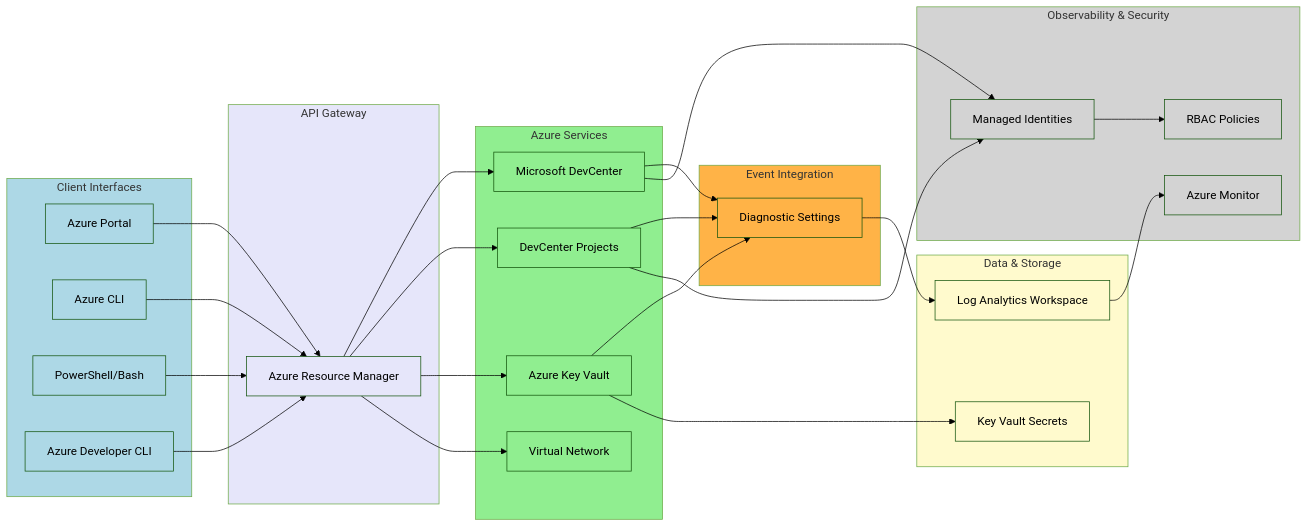
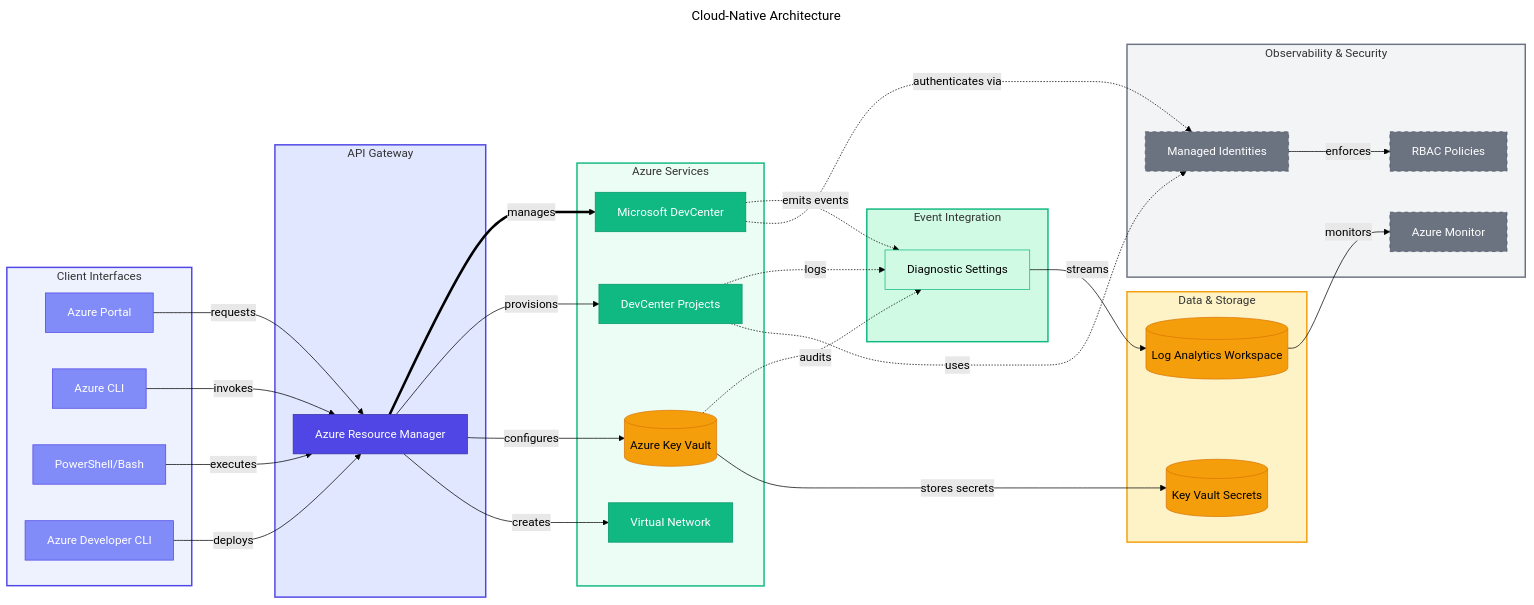
Before and after one commit to Evilazaro/DevExp-DevBox: the fifth of 6 diagrams in README.md, drawn with Mermaid (forest theme). The commit also changed other lines of this file, not shown here.

Commit message:
Enhance README.md with detailed architecture diagrams for improved clarity and understanding

````diff
--- a/README.md
+++ b/README.md
@@ -508,79 +550,95 @@
 ```mermaid
+---
+title: Cloud-Native Architecture
+---
 flowchart LR
-    subgraph Clients[Client Interfaces]
-        CL1[Azure Portal]
-        CL2[Azure CLI]
-        CL3[PowerShell/Bash]
-        CL4[Azure Developer CLI]
+    %% ===== CLIENT INTERFACES =====
+    subgraph Clients["Client Interfaces"]
+        CL1["Azure Portal"]
+        CL2["Azure CLI"]
+        CL3["PowerShell/Bash"]
+        CL4["Azure Developer CLI"]
     end
 
-    subgraph Gateway[API Gateway]
-        GW1[Azure Resource Manager]
+    %% ===== API GATEWAY =====
+    subgraph Gateway["API Gateway"]
+        GW1["Azure Resource Manager"]
     end
 
-    subgraph Services[Azure Services]
-        SR1[Microsoft DevCenter]
-        SR2[DevCenter Projects]
-        SR3[Azure Key Vault]
-        SR4[Virtual Network]
+    %% ===== AZURE SERVICES =====
+    subgraph Services["Azure Services"]
+        SR1["Microsoft DevCenter"]
+        SR2["DevCenter Projects"]
+        SR3[("Azure Key Vault")]
+        SR4["Virtual Network"]
     end
 
-    subgraph EventBus[Event Integration]
-        EB1[Diagnostic Settings]
+    %% ===== EVENT INTEGRATION =====
+    subgraph EventBus["Event Integration"]
+        EB1["Diagnostic Settings"]
     end
 
-    subgraph DataStorage[Data & Storage]
-        DS1[Log Analytics Workspace]
-        DS2[Key Vault Secrets]
+    %% ===== DATA & STORAGE =====
+    subgraph DataStorage["Data & Storage"]
+        DS1[("Log Analytics Workspace")]
+        DS2[("Key Vault Secrets")]
     end
 
-    subgraph Observability[Observability & Security]
-        OB1[Azure Monitor]
-        OB2[RBAC Policies]
-        OB3[Managed Identities]
+    %% ===== OBSERVABILITY & SECURITY =====
+    subgraph Observability["Observability & Security"]
+        OB1["Azure Monitor"]
+        OB2["RBAC Policies"]
+        OB3["Managed Identities"]
     end
 
-    CL1 --> GW1
-    CL2 --> GW1
-    CL3 --> GW1
-    CL4 --> GW1
+    %% ===== CLIENT TO GATEWAY =====
+    CL1 -->|requests| GW1
+    CL2 -->|invokes| GW1
+    CL3 -->|executes| GW1
+    CL4 -->|deploys| GW1
 
-    GW1 --> SR1
-    GW1 --> SR2
-    GW1 --> SR3
-    GW1 --> SR4
+    %% ===== GATEWAY TO SERVICES =====
+    GW1 ==>|manages| SR1
+    GW1 -->|provisions| SR2
+    GW1 -->|configures| SR3
+    GW1 -->|creates| SR4
 
-    SR1 --> EB1
-    SR2 --> EB1
-    SR3 --> EB1
+    %% ===== SERVICES TO EVENT BUS =====
+    SR1 -.->|emits events| EB1
+    SR2 -.->|logs| EB1
+    SR3 -.->|audits| EB1
 
-    EB1 --> DS1
-    SR3 --> DS2
+    %% ===== EVENT BUS TO STORAGE =====
+    EB1 -->|streams| DS1
+    SR3 -->|stores secrets| DS2
 
-    DS1 --> OB1
-    SR1 --> OB3
-    SR2 --> OB3
-    OB3 --> OB2
+    %% ===== STORAGE TO OBSERVABILITY =====
+    DS1 -->|monitors| OB1
+    SR1 -.->|authenticates via| OB3
+    SR2 -.->|uses| OB3
+    OB3 -->|enforces| OB2
 
-    style Clients fill:#ADD8E6
-    style Gateway fill:#E6E6FA
-    style Services fill:#90EE90
-    style EventBus fill:#FFB347
-    style DataStorage fill:#FFFACD
-    style Observability fill:#D3D3D3
-    style CL1 fill:#ADD8E6
-    style CL2 fill:#ADD8E6
-    style CL3 fill:#ADD8E6
-    style CL4 fill:#ADD8E6
-    style GW1 fill:#E6E6FA
-    style SR1 fill:#90EE90
-    style SR2 fill:#90EE90
-    style SR3 fill:#90EE90
-    style SR4 fill:#90EE90
-    style EB1 fill:#FFB347
-    style DS1 fill:#FFFACD
-    style DS2 fill:#FFFACD
-    style OB1 fill:#D3D3D3
-    style OB2 fill:#D3D3D3
-    style OB3 fill:#D3D3D3
+    %% ===== CLASS DEFINITIONS =====
+    classDef trigger fill:#818CF8,stroke:#4F46E5,color:#FFFFFF
+    classDef primary fill:#4F46E5,stroke:#3730A3,color:#FFFFFF
+    classDef secondary fill:#10B981,stroke:#059669,color:#FFFFFF
+    classDef datastore fill:#F59E0B,stroke:#D97706,color:#000000
+    classDef external fill:#6B7280,stroke:#4B5563,color:#FFFFFF,stroke-dasharray:5 5
+    classDef matrix fill:#D1FAE5,stroke:#10B981,color:#000000
+
+    %% ===== NODE STYLING =====
+    class CL1,CL2,CL3,CL4 trigger
+    class GW1 primary
+    class SR1,SR2,SR4 secondary
+    class SR3,DS1,DS2 datastore
+    class EB1 matrix
+    class OB1,OB2,OB3 external
+
+    %% ===== SUBGRAPH STYLING =====
+    style Clients fill:#EEF2FF,stroke:#4F46E5,stroke-width:2px
+    style Gateway fill:#E0E7FF,stroke:#4F46E5,stroke-width:2px
+    style Services fill:#ECFDF5,stroke:#10B981,stroke-width:2px
+    style EventBus fill:#D1FAE5,stroke:#10B981,stroke-width:2px
+    style DataStorage fill:#FEF3C7,stroke:#F59E0B,stroke-width:2px
+    style Observability fill:#F3F4F6,stroke:#6B7280,stroke-width:2px
 ```
````
